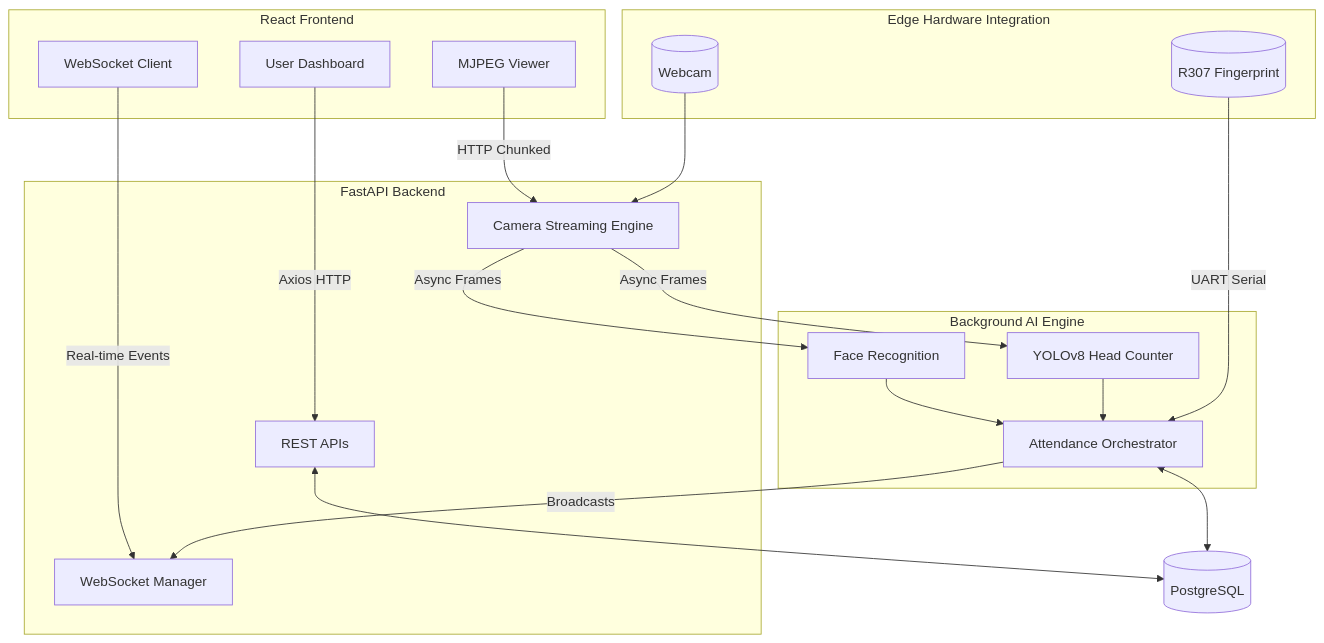
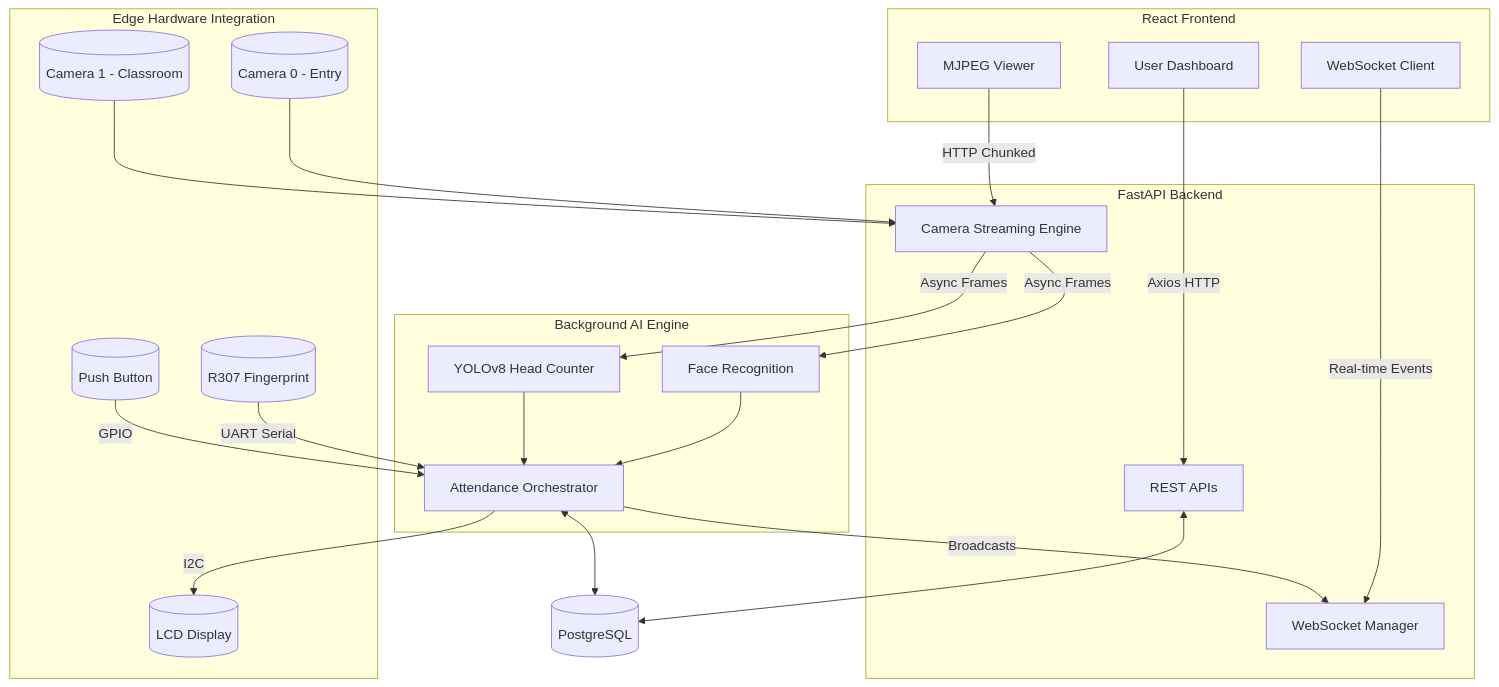
Before and after one commit to AbirHasanArko/ClassOS: the first of 2 diagrams in README.md, drawn with Mermaid. The commit also changed other lines of this file, not shown here.

````diff
--- a/README.md
+++ b/README.md
@@ -110,45 +110,51 @@
 ```mermaid
 graph TD
     subgraph Frontend [React Frontend]
         UI[User Dashboard]
         WS_Client[WebSocket Client]
         Stream_Viewer[MJPEG Viewer]
     end
 
     subgraph Backend [FastAPI Backend]
         API[REST APIs]
         WS_Mgr[WebSocket Manager]
         Stream_Serv[Camera Streaming Engine]
     end
 
     subgraph AI_Engine [Background AI Engine]
         Face[Face Recognition]
         Yolo[YOLOv8 Head Counter]
         Orchestrator[Attendance Orchestrator]
     end
 
     subgraph Hardware [Edge Hardware Integration]
-        Cam[(Webcam)]
+        Cam0[(Camera 0 - Entry)]
+        Cam1[(Camera 1 - Classroom)]
         R307[(R307 Fingerprint)]
+        Button[(Push Button)]
+        LCD[(LCD Display)]
     end
 
     DB[(PostgreSQL)]
 
     %% Connections
     UI -- Axios HTTP --> API
     WS_Client -- Real-time Events --> WS_Mgr
     Stream_Viewer -- HTTP Chunked --> Stream_Serv
 
     API <--> DB
     Orchestrator <--> DB
 
-    Cam --> Stream_Serv
+    Cam0 --> Stream_Serv
+    Cam1 --> Stream_Serv
     Stream_Serv -- Async Frames --> Face
     Stream_Serv -- Async Frames --> Yolo
     
     Face --> Orchestrator
     Yolo --> Orchestrator
     R307 -- UART Serial --> Orchestrator
+    Button -- GPIO --> Orchestrator
+    Orchestrator -- I2C --> LCD
 
     Orchestrator -- Broadcasts --> WS_Mgr
 ```
````
